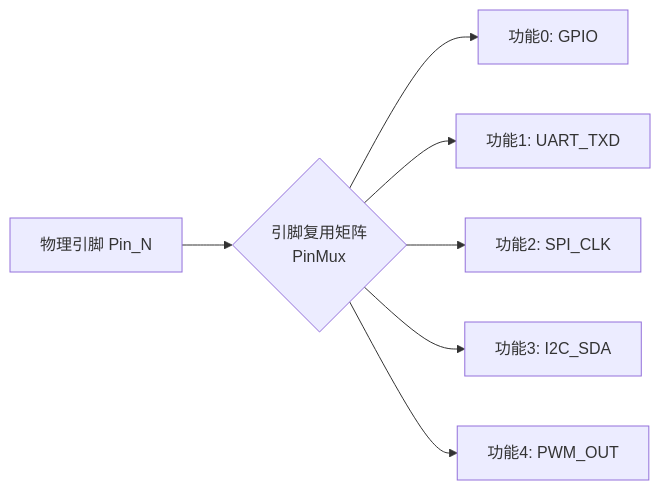
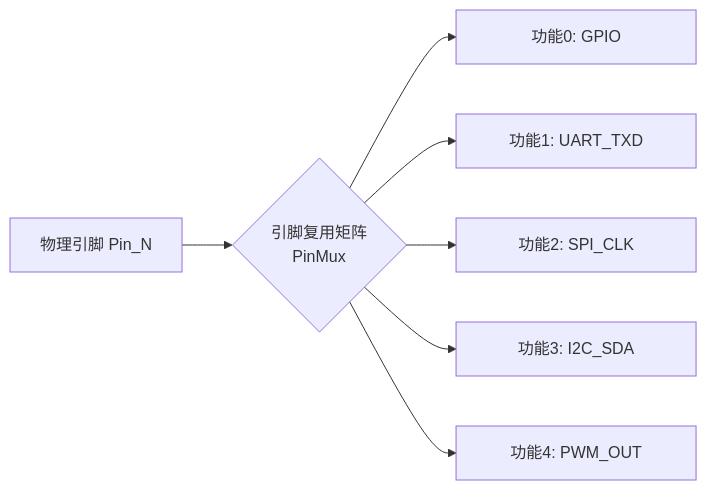
One commit to sanchuanhehe/fbb_ws53 changed the first of 3 diagrams in docs/zh-CN/samples/peripherals/pinctrl/pinctrl.md. Above: the diagram before and after it, drawn with Mermaid. The commit also changed other lines of this file and 8 other files, not shown here.

First line of the commit message:
docs: 优化 WS53 示例流程图与配置说明

````diff
--- a/docs/zh-CN/samples/peripherals/pinctrl/pinctrl.md
+++ b/docs/zh-CN/samples/peripherals/pinctrl/pinctrl.md
@@ -17,9 +17,9 @@
 ```mermaid
 flowchart LR
     P[物理引脚 Pin_N] --> MUX{引脚复用矩阵<br/>PinMux}
-    MUX --> F0[功能0: GPIO]
-    MUX --> F1[功能1: UART_TXD]
-    MUX --> F2[功能2: SPI_CLK]
-    MUX --> F3[功能3: I2C_SDA]
-    MUX --> F4[功能4: PWM_OUT]
+    MUX --> F0["<div style='width: 180px;'>功能0: GPIO</div>"]
+    MUX --> F1["<div style='width: 180px;'>功能1: UART_TXD</div>"]
+    MUX --> F2["<div style='width: 180px;'>功能2: SPI_CLK</div>"]
+    MUX --> F3["<div style='width: 180px;'>功能3: I2C_SDA</div>"]
+    MUX --> F4["<div style='width: 180px;'>功能4: PWM_OUT</div>"]
 ```
````
